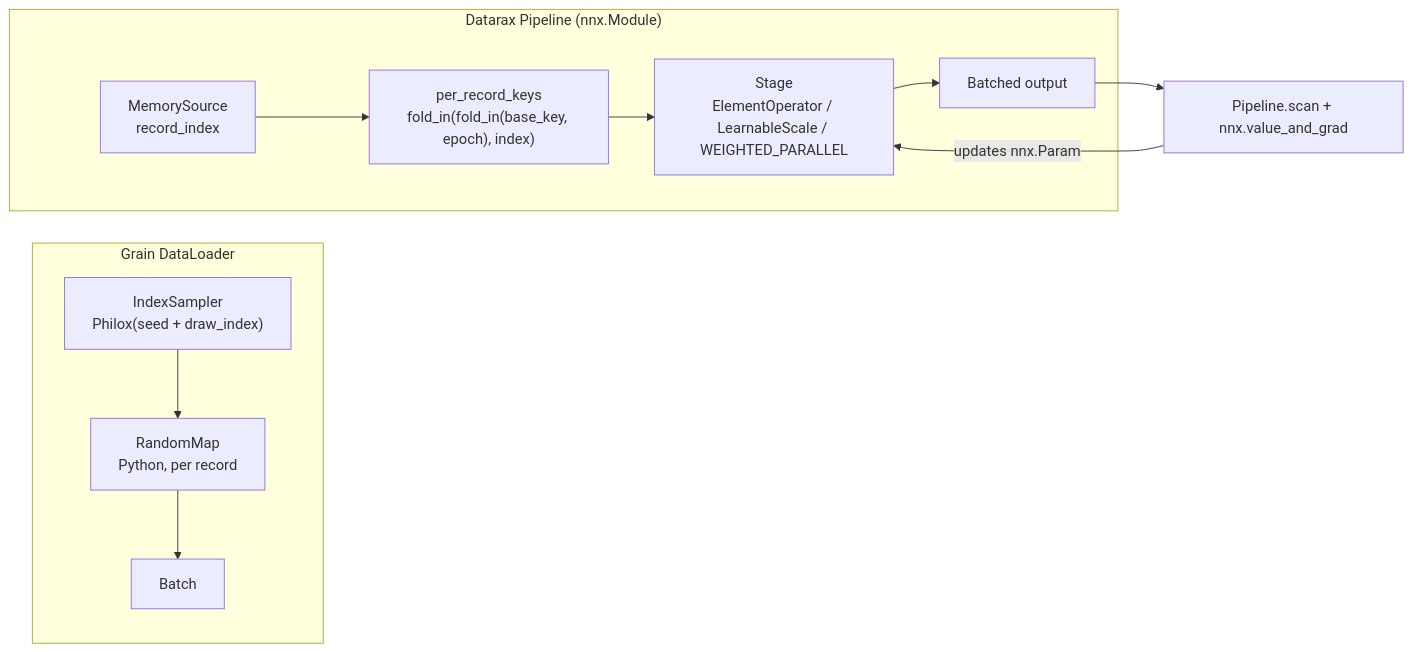
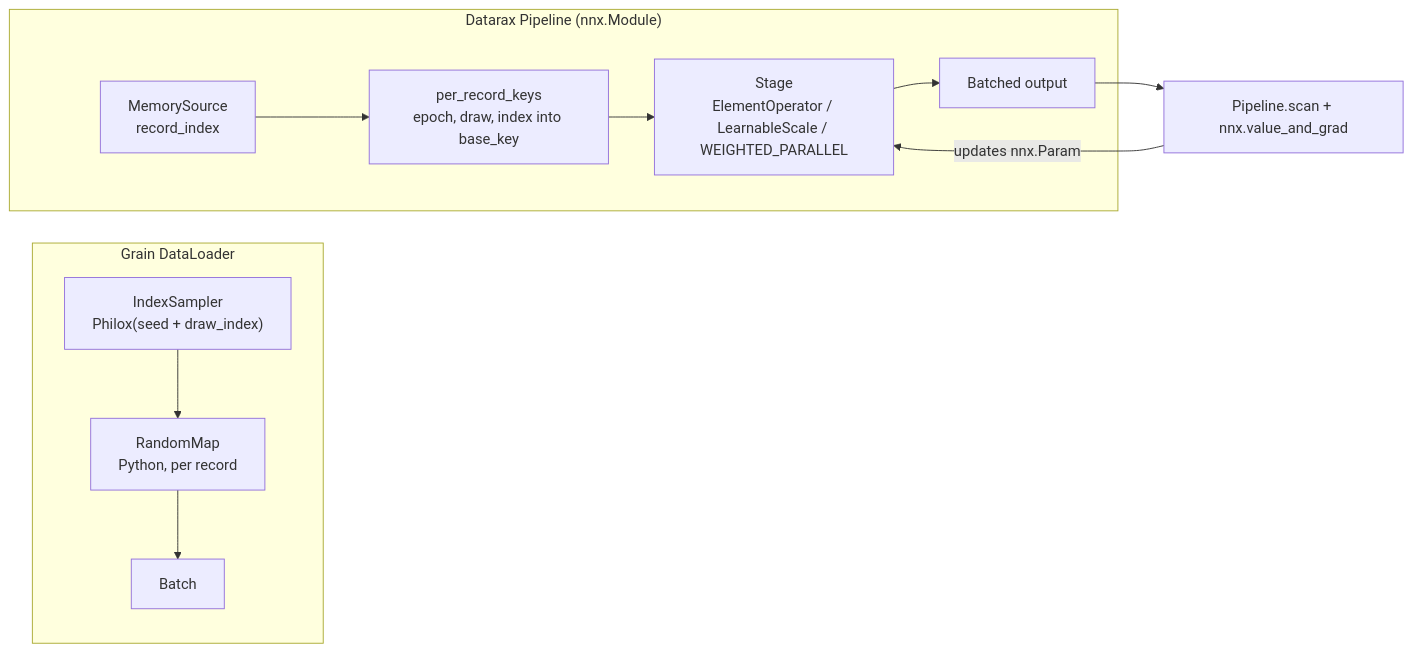
The diagram in docs/examples/comparison/randomness-and-learnable-operators-tutorial.md (avitai/datarax), drawn with Mermaid before and after one commit. The commit also changed other lines of this file and 108 other files, not shown here.

````diff
--- a/docs/examples/comparison/randomness-and-learnable-operators-tutorial.md
+++ b/docs/examples/comparison/randomness-and-learnable-operators-tutorial.md
@@ -221,20 +221,20 @@
 ```mermaid
 flowchart LR
     subgraph Grain["Grain DataLoader"]
         GS["IndexSampler<br/>Philox(seed + draw_index)"]
         GT["RandomMap<br/>Python, per record"]
         GB["Batch"]
         GS --> GT --> GB
     end
 
     subgraph Datarax["Datarax Pipeline (nnx.Module)"]
         DS["MemorySource<br/>record_index"]
-        DK["per_record_keys<br/>fold_in(fold_in(base_key, epoch), index)"]
+        DK["per_record_keys<br/>epoch, draw, index into base_key"]
         DO["Stage<br/>ElementOperator / LearnableScale / WEIGHTED_PARALLEL"]
         DB["Batched output"]
         DS --> DK --> DO --> DB
     end
 
     DB --> G["Pipeline.scan + nnx.value_and_grad"]
     G -->|"updates nnx.Param"| DO
 ```
````
